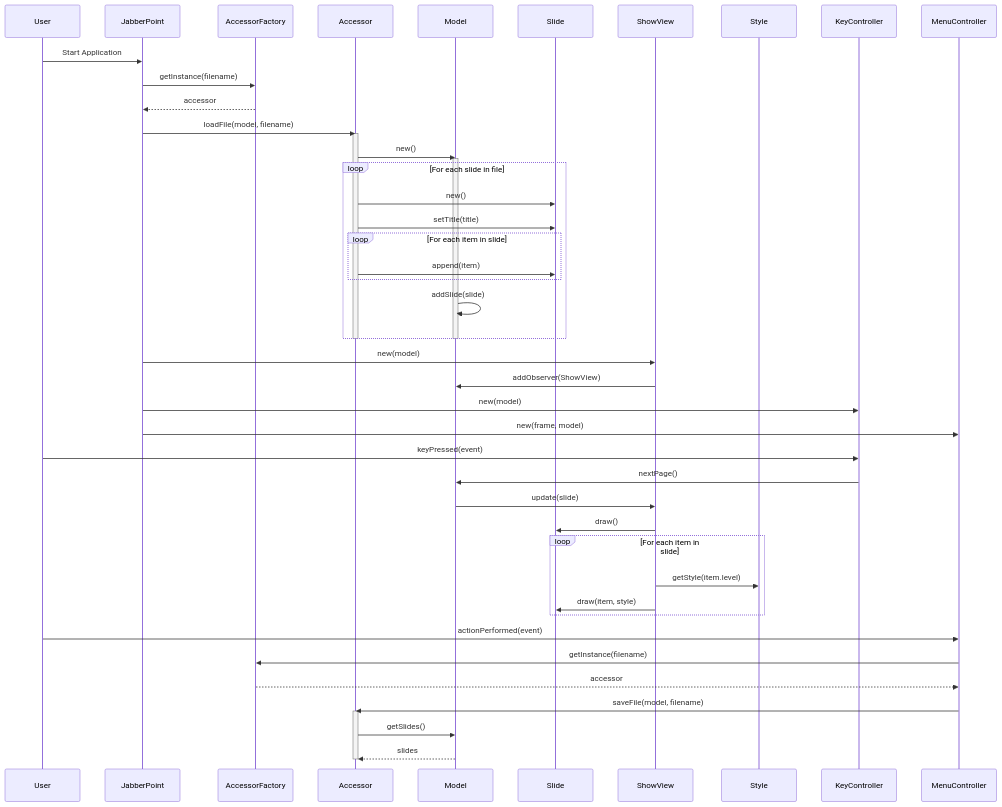
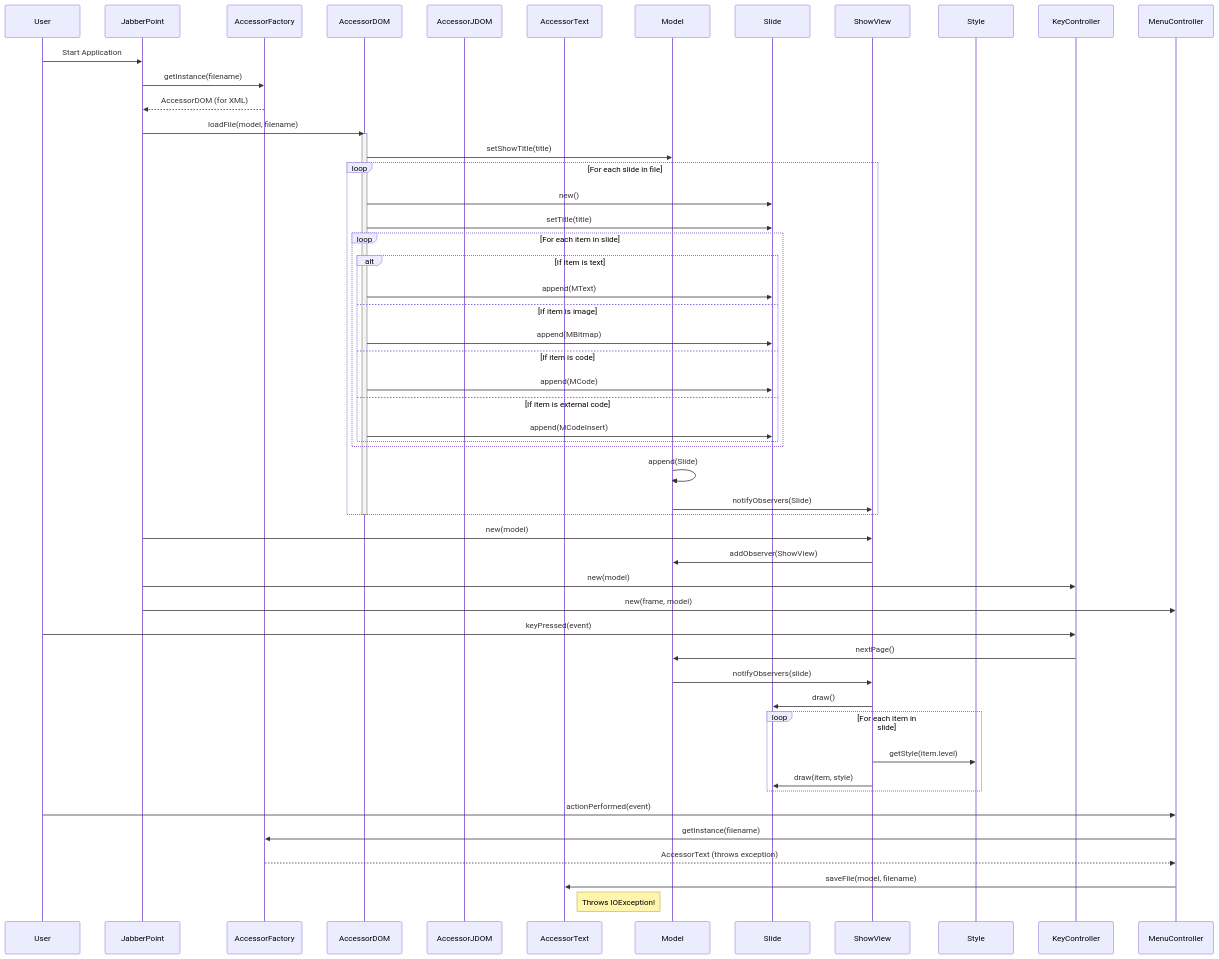
One commit to larsk1201/Software-Quality changed the diagram in Documentation/Analyse/Sequence-diagram.md. Above: the diagram before and after it, drawn with Mermaid.

Commit message:
Refactor sequence diagram to include AccessorDOM, AccessorJDOM, and AccessorText; update interactions and improve clarity

````diff
--- a/Documentation/Analyse/Sequence-diagram.md
+++ b/Documentation/Analyse/Sequence-diagram.md
@@ -1,61 +1,70 @@
 ```mermaid
 sequenceDiagram
     participant User
     participant JabberPoint
     participant AccessorFactory  
-    participant Accessor
+    participant AccessorDOM
+    participant AccessorJDOM
+    participant AccessorText
     participant Model
     participant Slide
     participant ShowView
     participant Style
     participant KeyController
     participant MenuController
 
     User->>JabberPoint: Start Application
 
     JabberPoint->>AccessorFactory: getInstance(filename)
-    AccessorFactory-->>JabberPoint: accessor
+    AccessorFactory-->>JabberPoint: AccessorDOM (for XML)
     
-    JabberPoint->>Accessor: loadFile(model, filename)
-    activate Accessor
-    Accessor->>Model: new()
-    activate Model
+    JabberPoint->>AccessorDOM: loadFile(model, filename)
+    activate AccessorDOM
+    AccessorDOM->>Model: setShowTitle(title)
 
     loop For each slide in file
-        Accessor->>Slide: new()
-        Accessor->>Slide: setTitle(title)
+        AccessorDOM->>Slide: new()
+        AccessorDOM->>Slide: setTitle(title)
+
         loop For each item in slide
-            Accessor->>Slide: append(item)
+            alt If item is text
+                AccessorDOM->>Slide: append(MText)
+            else If item is image
+                AccessorDOM->>Slide: append(MBitmap)
+            else If item is code
+                AccessorDOM->>Slide: append(MCode)
+            else If item is external code
+                AccessorDOM->>Slide: append(MCodeInsert)
+            end
         end
-        Model->>Model: addSlide(slide)
+
+        Model->>Model: append(Slide)
+        Model->>ShowView: notifyObservers(Slide)
     end
 
-    deactivate Accessor
-    deactivate Model
+    deactivate AccessorDOM
 
     JabberPoint->>ShowView: new(model)
     ShowView->>Model: addObserver(ShowView)
 
     JabberPoint->>KeyController: new(model)
     JabberPoint->>MenuController: new(frame, model)
 
     User->>KeyController: keyPressed(event)
     KeyController->>Model: nextPage()
-    Model->>ShowView: update(slide)
+    Model->>ShowView: notifyObservers(slide)
     ShowView->>Slide: draw()
     
     loop For each item in slide
         ShowView->>Style: getStyle(item.level)
         ShowView->>Slide: draw(item, style)
     end
 
     User->>MenuController: actionPerformed(event)
     MenuController->>AccessorFactory: getInstance(filename)
-    AccessorFactory-->>MenuController: accessor
+    AccessorFactory-->>MenuController: AccessorText (throws exception)
+    
+    MenuController->>AccessorText: saveFile(model, filename)
+    Note right of AccessorText: Throws IOException!
 
-    MenuController->>Accessor: saveFile(model, filename)
-    activate Accessor
-    Accessor->>Model: getSlides()
-    Model-->>Accessor: slides
-    deactivate Accessor
 ```
````
